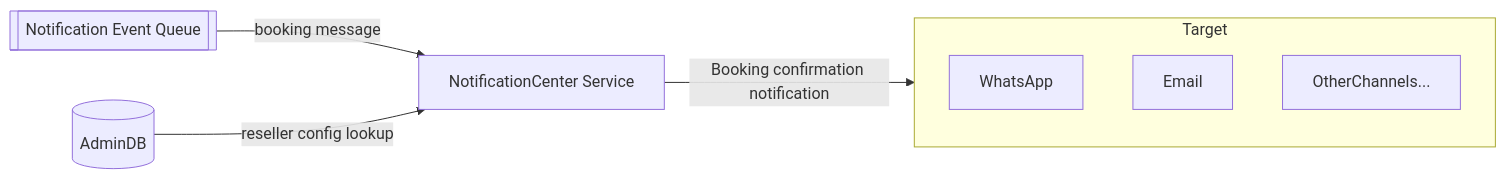
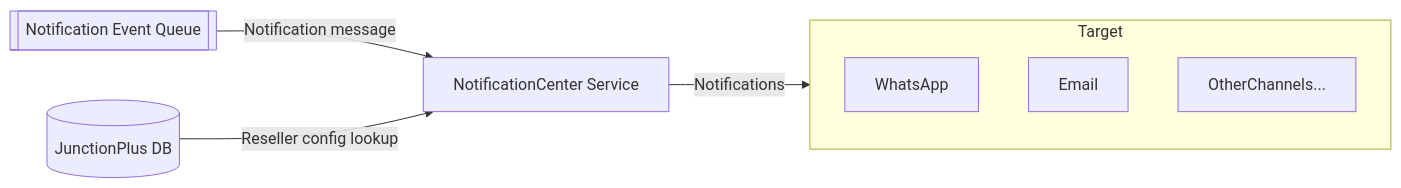
One commit to marimargaryan86/performancetesting changed the fourth of 6 diagrams in docs/engineering/docs/projects/junction/plus.md. Above: the diagram before and after it, drawn with Mermaid. The commit also changed other lines of this file, not shown here.

````diff
--- a/docs/engineering/docs/projects/junction/plus.md
+++ b/docs/engineering/docs/projects/junction/plus.md
@@ -184,20 +189,20 @@
 ```mermaid
 flowchart LR
 
     EQ[[Notification Event Queue]]
 
     direction TB
     NC[NotificationCenter Service]
-    DB[(AdminDB)]
+    DB[(JunctionPlus DB)]
 
     subgraph T[Target]
         direction TB
         WhatsApp
         Email
         OtherChannels...
     end
 
-    EQ-->|booking message|NC
-    DB-->|reseller config lookup|NC
-    NC-->|Booking confirmation notification|T
+    EQ-->|Notification message|NC
+    DB-->|Reseller config lookup|NC
+    NC-->|Notifications|T
 ```
````
